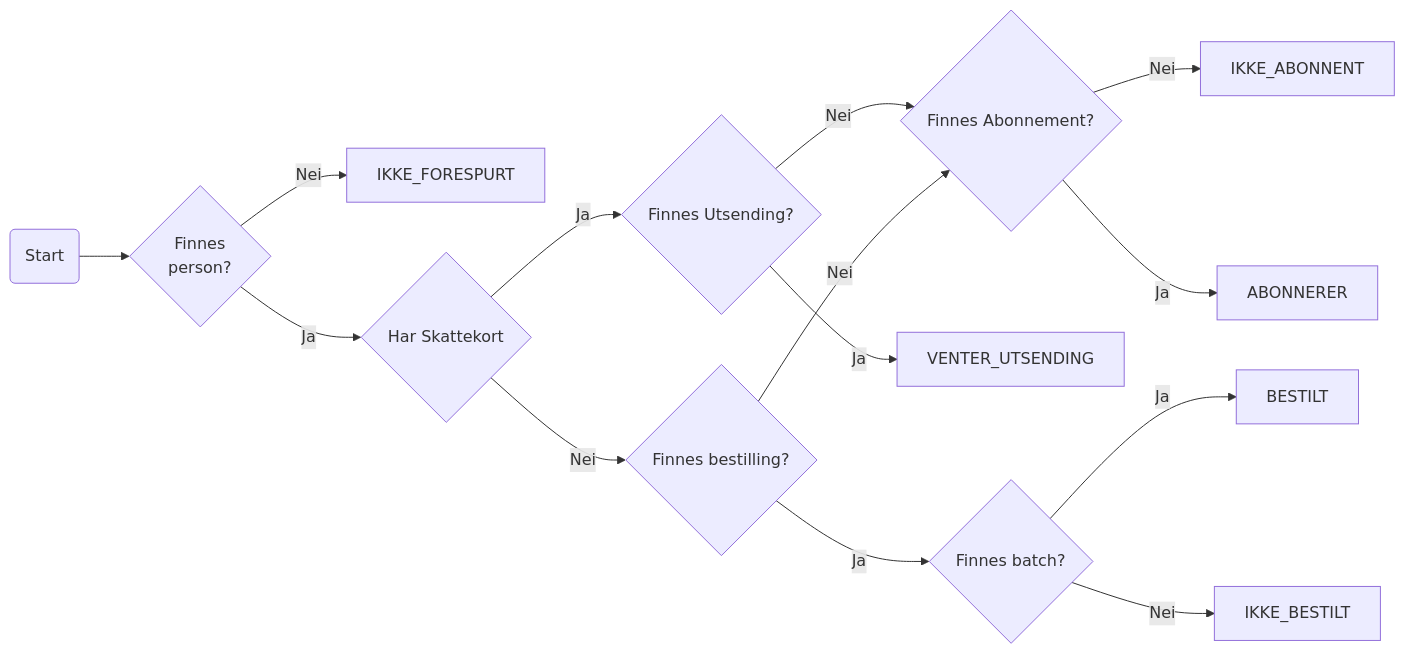
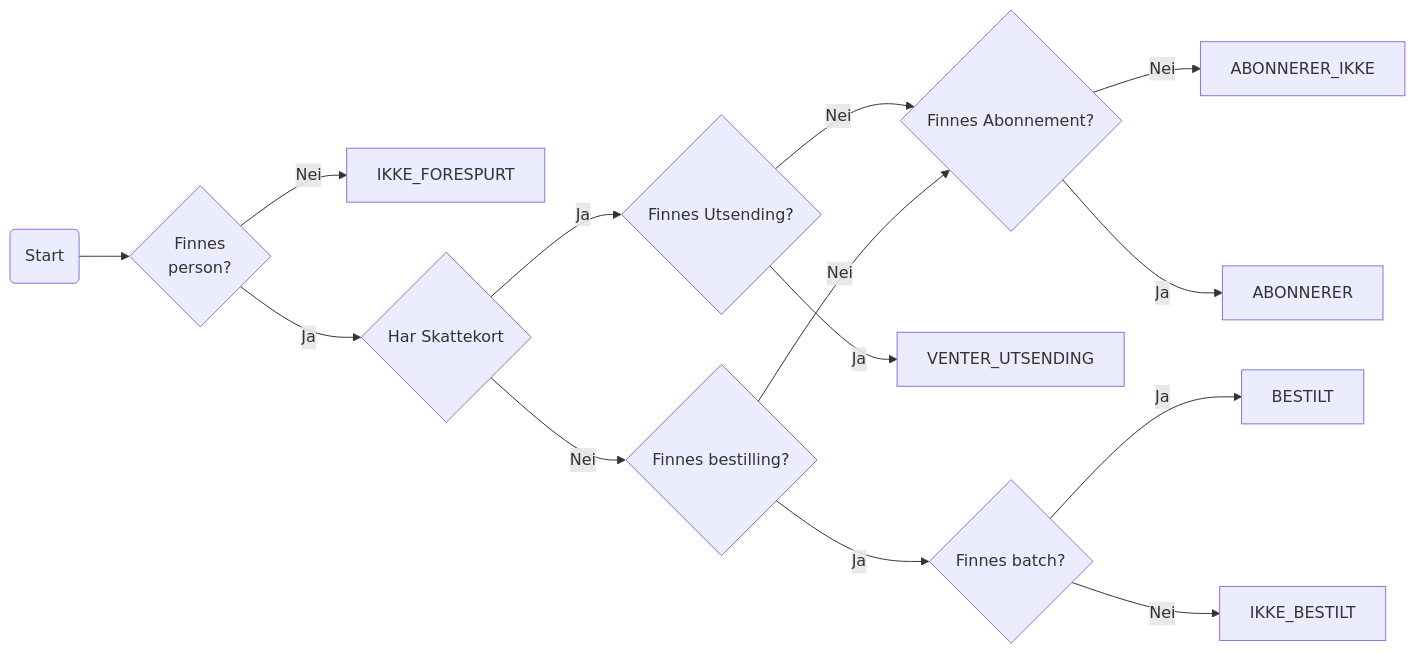
One commit to navikt/sokos-skattekort changed the ninth of 9 diagrams in dokumentasjon/arkitektur/workflows.md. Above: the diagram before and after it, drawn with Mermaid.

Commit message:
Potential fix for pull request finding

````diff
--- a/dokumentasjon/arkitektur/workflows.md
+++ b/dokumentasjon/arkitektur/workflows.md
@@ -109,16 +109,16 @@
 ```mermaid
 flowchart LR
     Start(Start) --> FNR{Finnes \nperson?}
     FNR -->|Nei| IKKE_FORESPURT[IKKE_FORESPURT]
     FNR -->|Ja| SJEKK_SKATTEKORT{Har Skattekort}
     SJEKK_SKATTEKORT -->|Ja| SJEKK_UTSENDING{Finnes Utsending?}
     SJEKK_UTSENDING -->|Nei| SJEKK_ABONNEMENT{Finnes Abonnement?}
     SJEKK_UTSENDING -->|Ja| VENTER_UTSENDING
-    SJEKK_ABONNEMENT{Finnes Abonnement?} -->|Nei| IKKE_ABONNENT
+    SJEKK_ABONNEMENT -->|Nei| ABONNERER_IKKE[ABONNERER_IKKE]
     SJEKK_ABONNEMENT -->|Ja| ABONNERER
     SJEKK_SKATTEKORT -->|Nei| SJEKK_BESTILLING{Finnes bestilling?}
     SJEKK_BESTILLING -->|Ja| SJEKK_BATCH{Finnes batch?}
     SJEKK_BATCH -->|Ja| BESTILT
     SJEKK_BATCH -->|Nei| IKKE_BESTILT
     SJEKK_BESTILLING -->|Nei| SJEKK_ABONNEMENT
 ```
````
